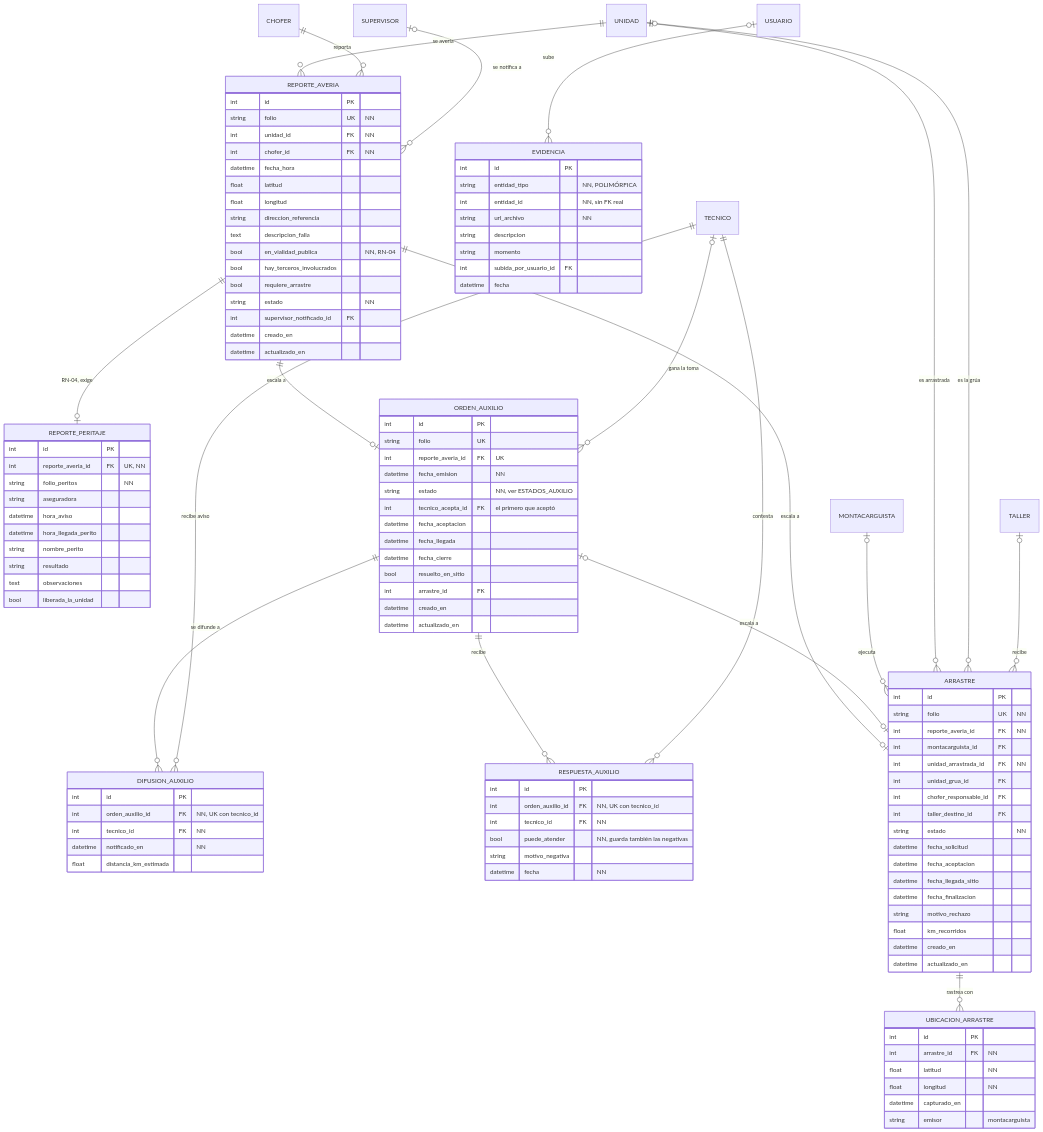
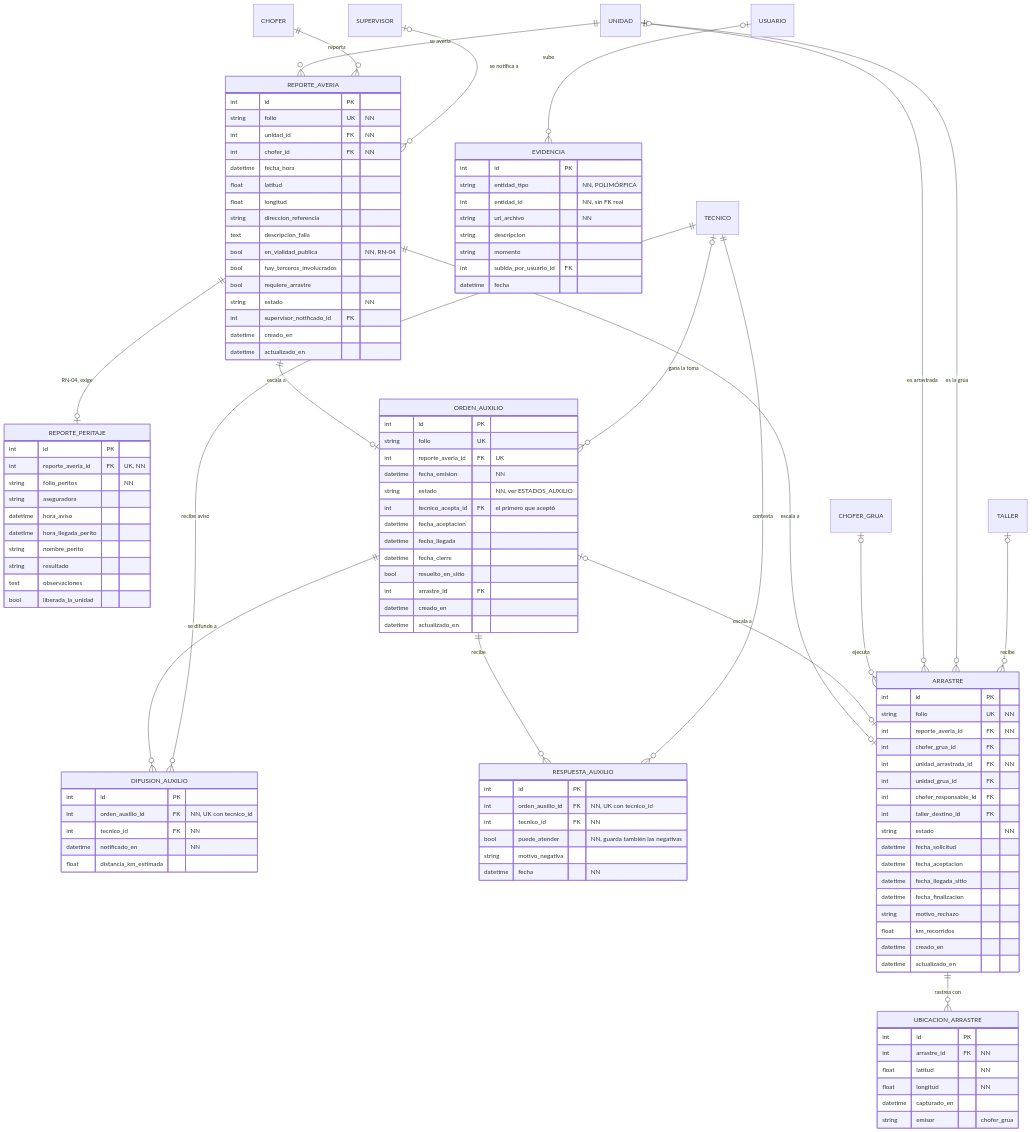
One commit to Villener/Prueba changed the eighth of 9 diagrams in docs/modelo-er-mermaid.md. Above: the diagram before and after it, drawn with Mermaid. The commit also changed other lines of this file and 15 other files, not shown here.

```diff
--- a/docs/modelo-er-mermaid.md
+++ b/docs/modelo-er-mermaid.md
@@ -860,7 +860,7 @@
         int id PK
         string folio UK "NN"
         int reporte_averia_id FK "NN"
-        int montacarguista_id FK
+        int chofer_grua_id FK
         int unidad_arrastrada_id FK "NN"
         int unidad_grua_id FK
         int chofer_responsable_id FK
@@ -881,7 +881,7 @@
         float latitud "NN"
         float longitud "NN"
         datetime capturado_en
-        string emisor "montacarguista"
+        string emisor "chofer_grua"
     }
     EVIDENCIA {
         int id PK
@@ -906,7 +906,7 @@
     TECNICO |o--o{ ORDEN_AUXILIO : "gana la toma"
     REPORTE_AVERIA ||--o| ARRASTRE : "escala a"
     ORDEN_AUXILIO |o--o| ARRASTRE : "escala a"
-    MONTACARGUISTA |o--o{ ARRASTRE : "ejecuta"
+    CHOFER_GRUA |o--o{ ARRASTRE : "ejecuta"
     UNIDAD ||--o{ ARRASTRE : "es arrastrada"
     UNIDAD |o--o{ ARRASTRE : "es la grúa"
     TALLER |o--o{ ARRASTRE : "recibe"
```
